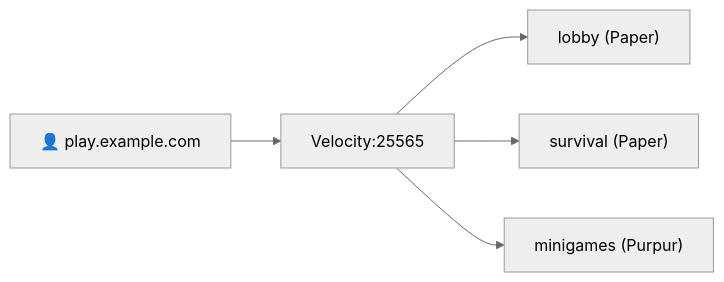
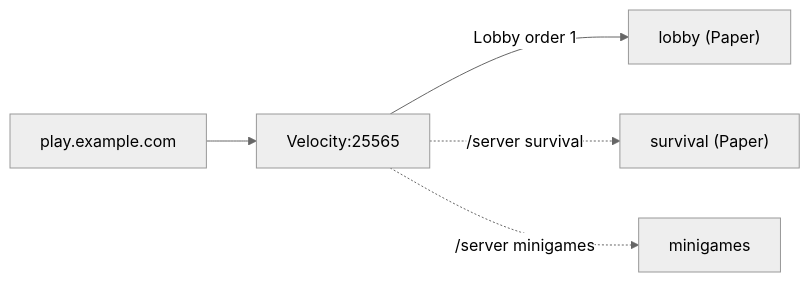
Before and after one commit to Ketbome/minepanel: the sixth of 7 diagrams in doc/networking.md, drawn with Mermaid (neutral theme). The commit also changed other lines of this file and 56 other files, not shown here.

First line of the commit message:
docs: current screenshots and diagrams across the whole site (#333)

````diff
--- a/doc/networking.md
+++ b/doc/networking.md
@@ -362,7 +385,7 @@
 ```mermaid
 flowchart LR
-    P["👤 play.example.com"] --> V["Velocity:25565"]
-    V --> L["lobby (Paper)"]
-    V --> S["survival (Paper)"]
-    V --> M["minigames (Purpur)"]
+    P["play.example.com"] --> V["Velocity:25565"]
+    V -->|"Lobby order 1"| L["lobby (Paper)"]
+    V -.->|"/server survival"| S["survival (Paper)"]
+    V -.->|"/server minigames"| M["minigames"]
 ```
````
